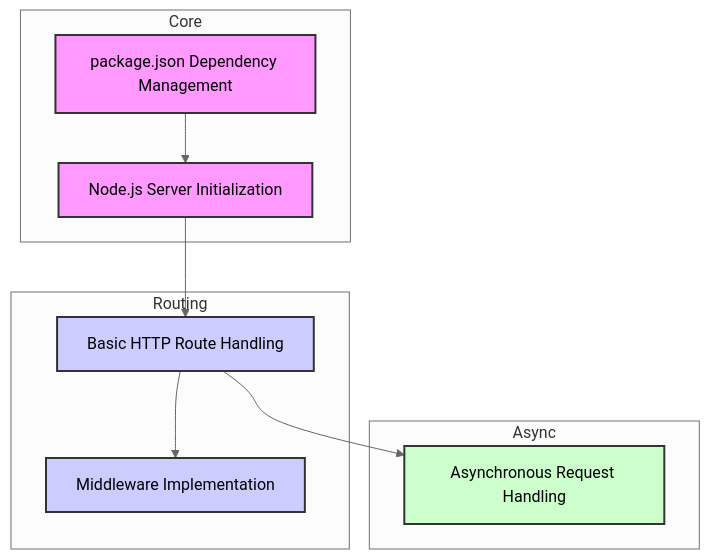
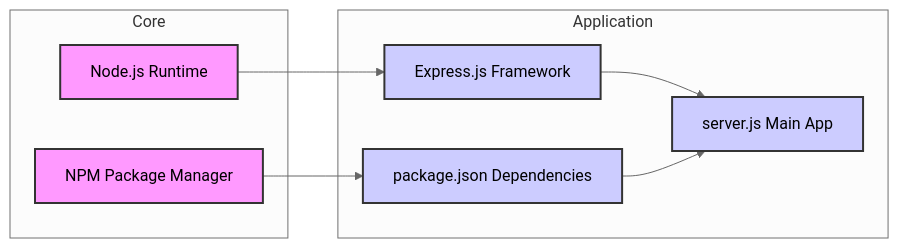
One commit to devbh04/testing changed the first of 9 diagrams in README.md. Above: the diagram before and after it, drawn with Mermaid (neutral theme). The commit also changed other lines of this file, not shown here.

````diff
--- a/README.md
+++ b/README.md
@@ -88,29 +89,24 @@
 ```mermaid
-flowchart TD
+flowchart LR
     subgraph Core
-        Server[""Node.js Server Initialization""]
-        PackageManager[""package.json Dependency Management""]
+        NodeJS[""Node.js Runtime""]
+        NPM[""NPM Package Manager""]
     end
 
-    subgraph Routing
-        Routes[""Basic HTTP Route Handling""]
-        Middleware[""Middleware Implementation""]
+    subgraph Application
+        ExpressJS[""Express.js Framework""]
+        ServerJS["""server.js Main App"""]
+        PackageJSON["""package.json Dependencies"""]
     end
 
-    subgraph Async
-        AsyncHandling[""Asynchronous Request Handling""]
-    end
-
-    Server --> Routes
-    PackageManager --> Server
-    Routes --> Middleware
-    Routes --> AsyncHandling
+    NodeJS --> ExpressJS
+    ExpressJS --> ServerJS
+    NPM --> PackageJSON
+    PackageJSON --> ServerJS
 
     classDef core fill:#f9f,stroke:#333,stroke-width:2px;
-    classDef route fill:#ccf,stroke:#333,stroke-width:2px;
-    classDef asyncfill fill:#cfc,stroke:#333,stroke-width:2px;
+    classDef app fill:#ccf,stroke:#333,stroke-width:2px;
 
-    class Server,PackageManager core;
-    class Routes,Middleware route;
-    class AsyncHandling asyncfill;
+    class NodeJS,NPM core;
+    class ExpressJS,ServerJS,PackageJSON app;
 ```
````
